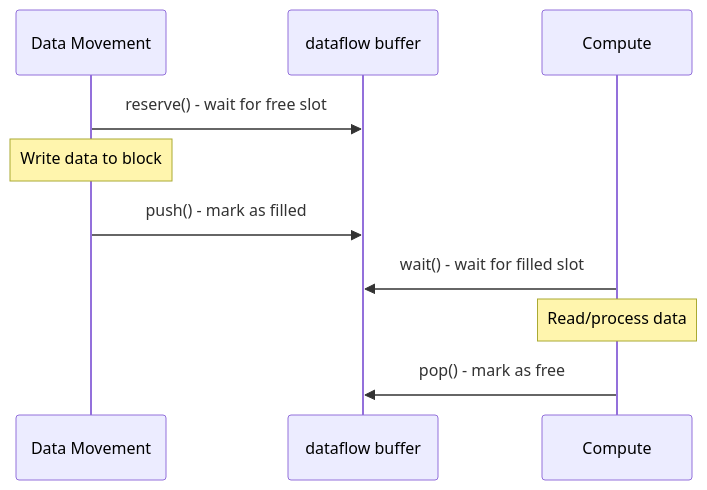
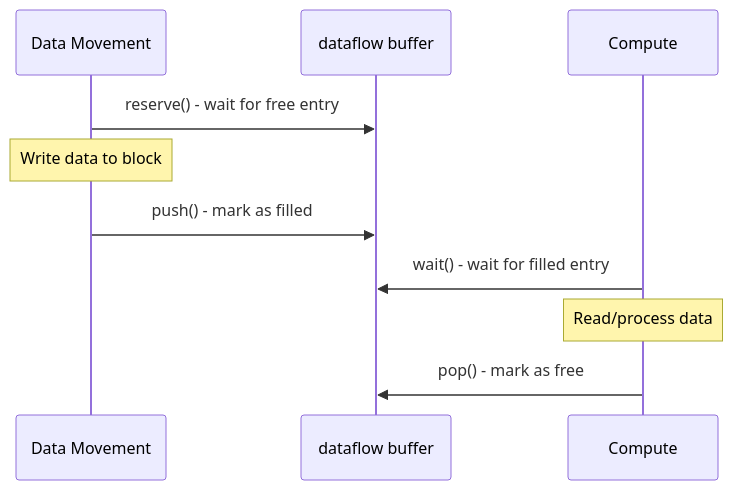
Before and after one commit to tenstorrent/tt-lang: the second of 2 diagrams in docs/sphinx/ttl-tutorial/dataflow-buffers.md, drawn with Mermaid. The commit also changed other lines of this file and 2 other files, not shown here.

Commit message:
DFB entry

````diff
--- a/docs/sphinx/ttl-tutorial/dataflow-buffers.md
+++ b/docs/sphinx/ttl-tutorial/dataflow-buffers.md
@@ -25,13 +25,13 @@
 ```{mermaid}
 sequenceDiagram
     participant Producer as Data Movement
     participant DFB as dataflow buffer
     participant Consumer as Compute
 
-    Producer->>DFB: reserve() - wait for free slot
+    Producer->>DFB: reserve() - wait for free entry
     Note over Producer: Write data to block
     Producer->>DFB: push() - mark as filled
-    Consumer->>DFB: wait() - wait for filled slot
+    Consumer->>DFB: wait() - wait for filled entry
     Note over Consumer: Read/process data
     Consumer->>DFB: pop() - mark as free
 ```
````
